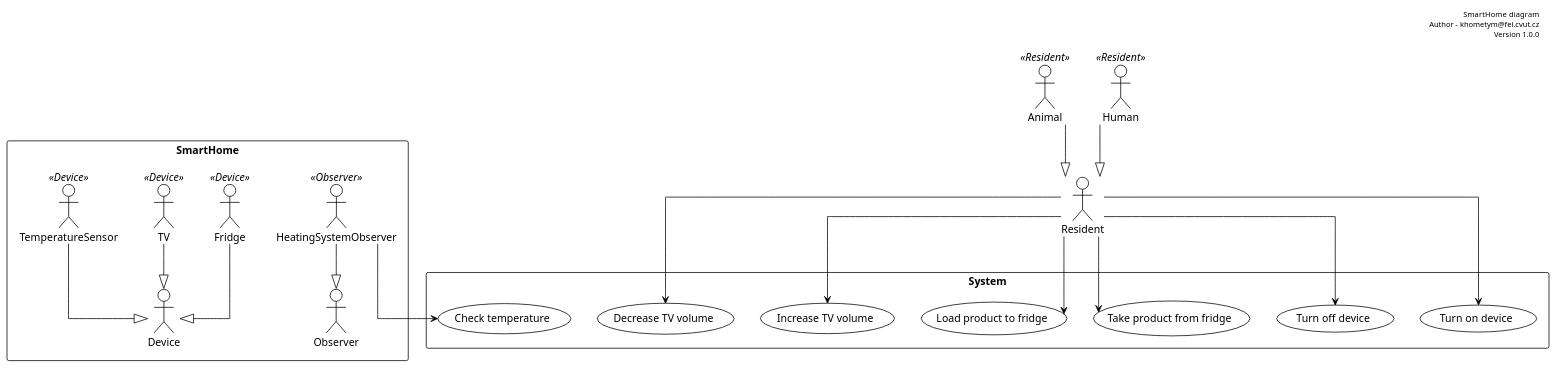
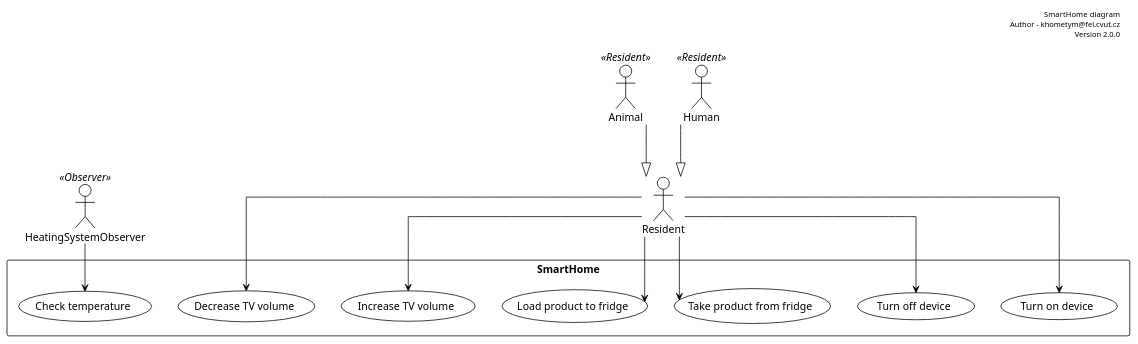
The diagram in docs/usecase.puml (ofgot/SmartHome), drawn with PlantUML before and after one commit. The commit also changed 1 other file, not shown here.

Commit message:
docs: update usecase diagram

```diff
--- a/docs/usecase.puml
+++ b/docs/usecase.puml
@@ -1,51 +1,37 @@
 @startuml usecase
 'https://plantuml.com/use-case-diagram
 
 !pragma teoz true
 !theme plain
 
 skinparam noteTextAlignment center
 skinparam linetype ortho
 
 header
 SmartHome  diagram
 Author - khometym@fel.cvut.cz
-Version 1.0.0
+Version 2.0.0
 end header
 
 actor Resident
 actor Animal <<Resident>>
 actor Human <<Resident>>
 
 Animal --|> Resident
 Human --|> Resident
 
+actor HeatingSystemObserver <<Observer>>
+
 rectangle SmartHome {
-    actor Device
-    actor Fridge <<Device>>
-    actor TV <<Device>>
-    actor TemperatureSensor <<Device>>
-
-    Fridge --|> Device
-    TV --|> Device
-    TemperatureSensor --|> Device
-
-    actor Observer
-    actor HeatingSystemObserver <<Observer>>
-}
-
-HeatingSystemObserver --|> Observer
-
-rectangle System {
     Resident --> (Turn on device)
     Resident --> (Turn off device)
     Resident --> (Take product from fridge)
     Resident --> (Load product to fridge)
     Resident --> (Increase TV volume)
     Resident --> (Decrease TV volume)
     HeatingSystemObserver --> (Check temperature)
 }
 
 
 
 @enduml
```
